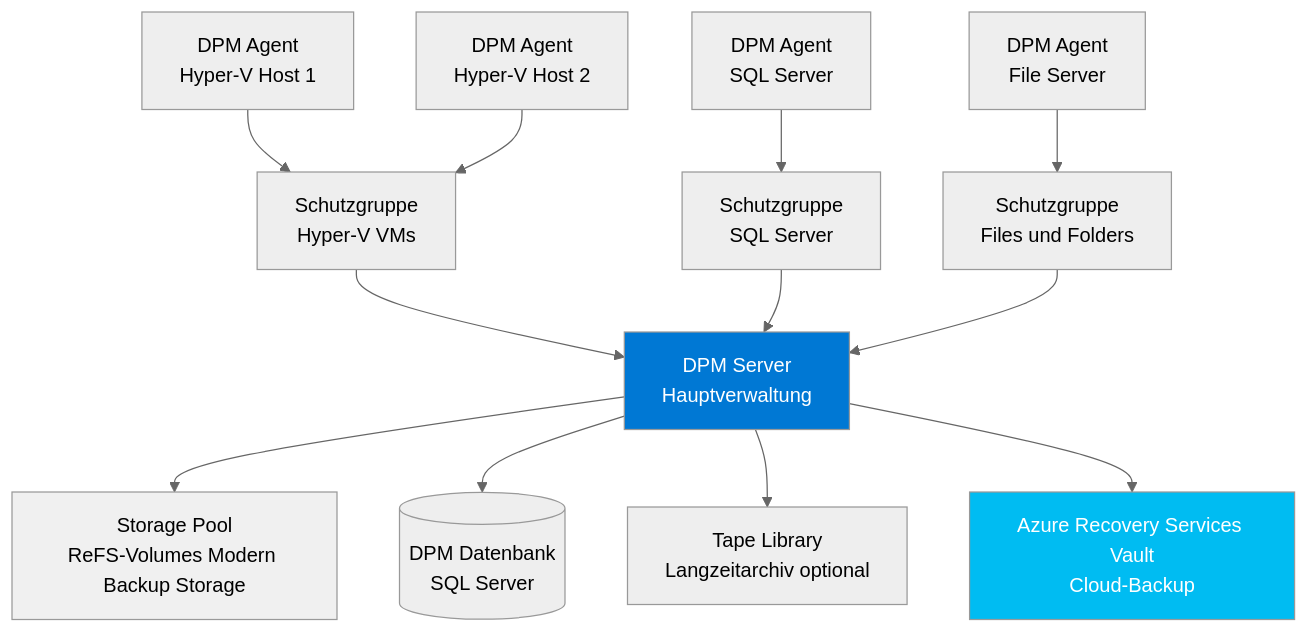
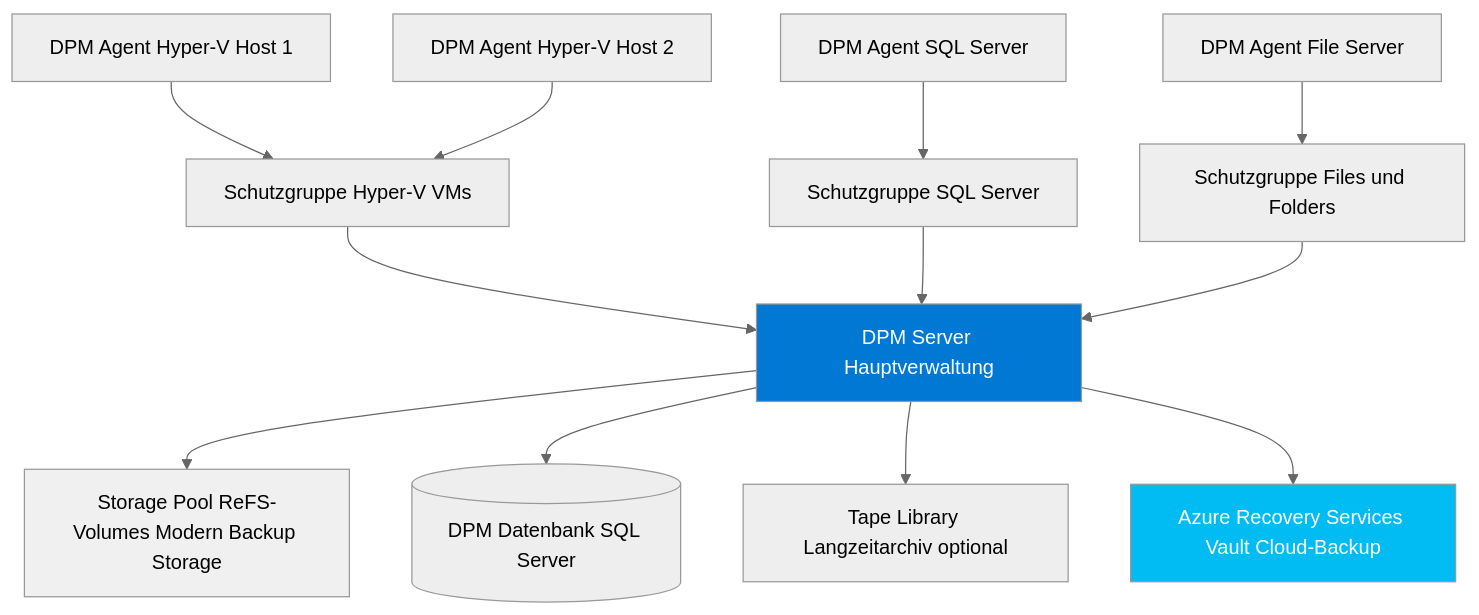
Before and after one commit to SoniiiT/notes-n-docs: the first of 3 diagrams in Microsoft 365/System Center/DPM Grundlagen.md, drawn with Mermaid (neutral theme). The commit also changed other lines of this file and 124 other files, not shown here.

First line of the commit message:
fix: Entferne \n aus allen Mermaid-Diagrammen (125 Dateien)

````diff
--- a/Microsoft 365/System Center/DPM Grundlagen.md
+++ b/Microsoft 365/System Center/DPM Grundlagen.md
@@ -40,20 +40,20 @@
 ```mermaid
 graph TD
-    DPM[DPM Server\nHauptverwaltung] --> SP[Storage Pool\nReFS-Volumes Modern Backup Storage]
-    DPM --> MSSQL[(DPM Datenbank\nSQL Server)]
-    DPM --> TAPE[Tape Library\nLangzeitarchiv optional]
-    DPM --> AZURE[Azure Recovery Services Vault\nCloud-Backup]
+    DPM[DPM Server Hauptverwaltung] --> SP[Storage Pool ReFS-Volumes Modern Backup Storage]
+    DPM --> MSSQL[(DPM Datenbank SQL Server)]
+    DPM --> TAPE[Tape Library Langzeitarchiv optional]
+    DPM --> AZURE[Azure Recovery Services Vault Cloud-Backup]
 
-    PG1[Schutzgruppe\nHyper-V VMs] --> DPM
-    PG2[Schutzgruppe\nSQL Server] --> DPM
-    PG3[Schutzgruppe\nFiles und Folders] --> DPM
+    PG1[Schutzgruppe Hyper-V VMs] --> DPM
+    PG2[Schutzgruppe SQL Server] --> DPM
+    PG3[Schutzgruppe Files und Folders] --> DPM
 
-    AG1[DPM Agent\nHyper-V Host 1] --> PG1
-    AG2[DPM Agent\nHyper-V Host 2] --> PG1
-    AG3[DPM Agent\nSQL Server] --> PG2
-    AG4[DPM Agent\nFile Server] --> PG3
+    AG1[DPM Agent Hyper-V Host 1] --> PG1
+    AG2[DPM Agent Hyper-V Host 2] --> PG1
+    AG3[DPM Agent SQL Server] --> PG2
+    AG4[DPM Agent File Server] --> PG3
 
     style DPM fill:#0078D4,color:#fff
     style AZURE fill:#00BCF2,color:#fff
     style SP fill:#f0f0f0
 ```
````
